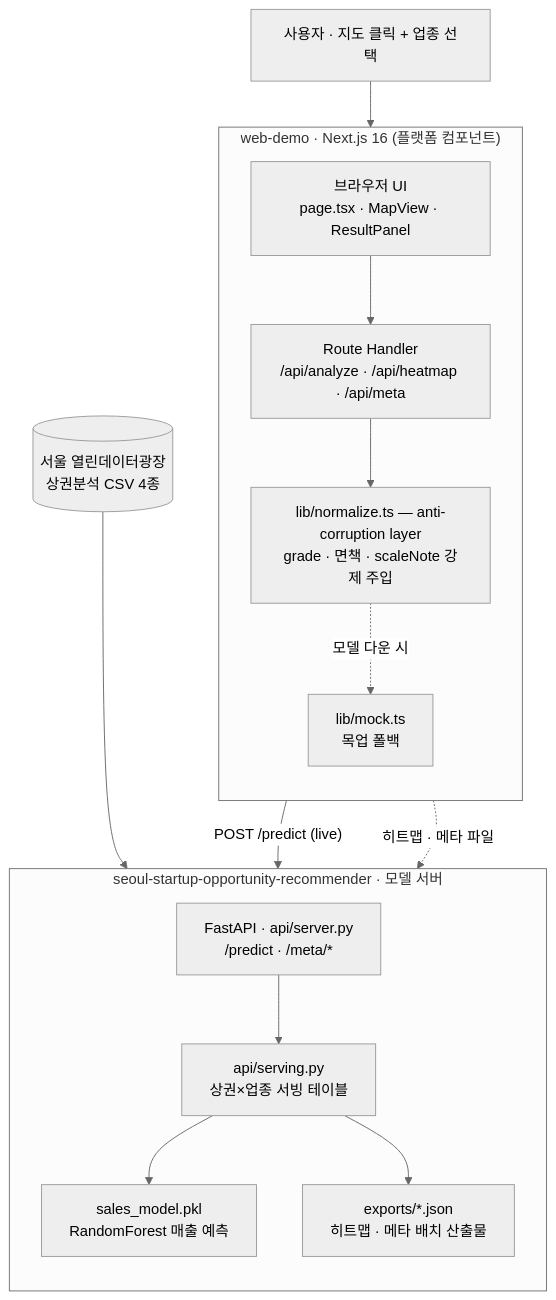
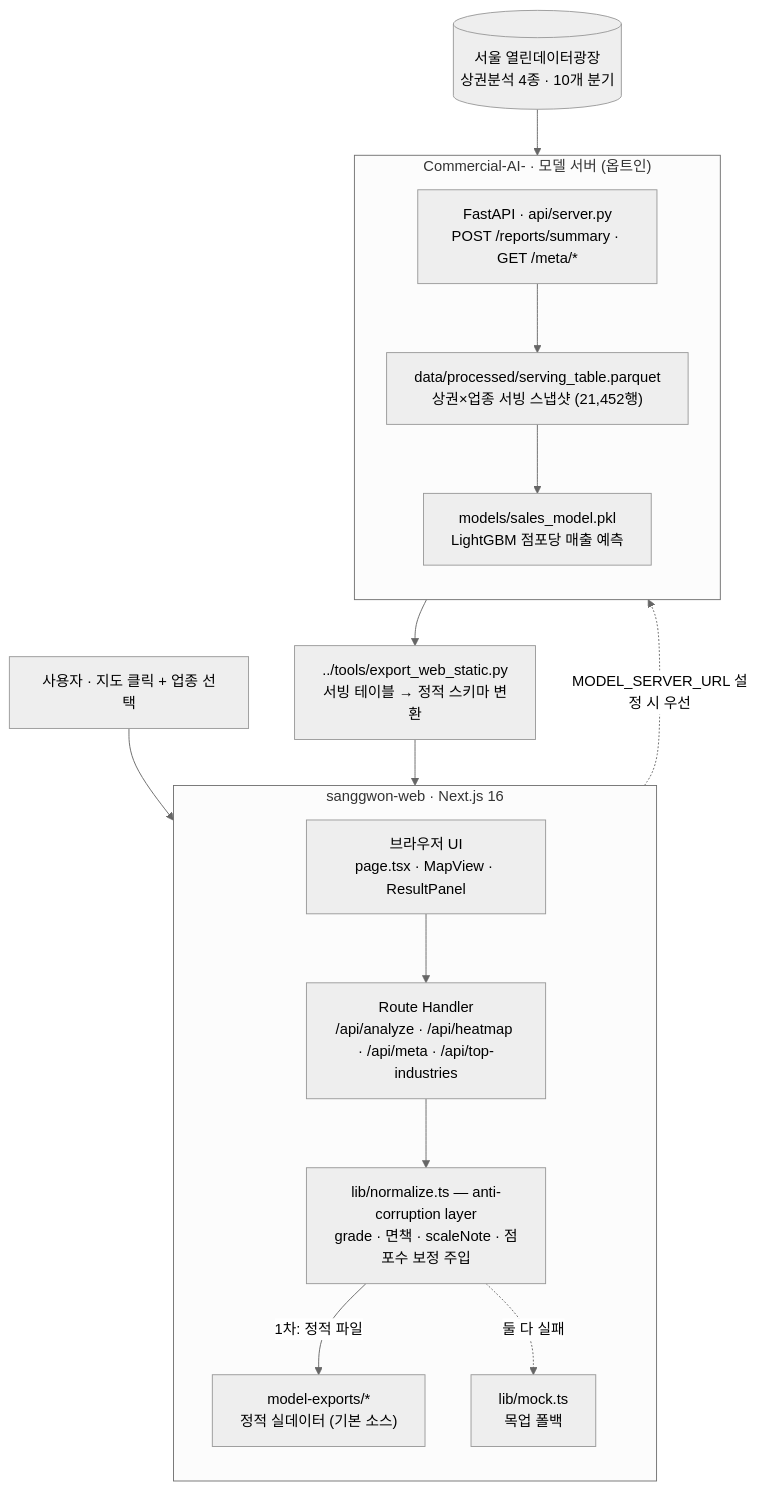
Before and after one commit to Academic-competition/web-demo: the first of 2 diagrams in README.md, drawn with Mermaid (neutral theme). The commit also changed other lines of this file and 136 other files, not shown here.

First line of the commit message:
feat: 실데이터 전환 — Commercial-AI- 기준 정적 산출물 + 생존율 축소추정

````diff
--- a/README.md
+++ b/README.md
@@ -37,30 +48,31 @@
 ```mermaid
 flowchart TB
     User["사용자 · 지도 클릭 + 업종 선택"]
 
-    subgraph WEB["web-demo · Next.js 16 (플랫폼 컴포넌트)"]
+    subgraph WEB["sanggwon-web · Next.js 16"]
         direction TB
         UI["브라우저 UI<br/>page.tsx · MapView · ResultPanel"]
-        RT["Route Handler<br/>/api/analyze · /api/heatmap · /api/meta"]
-        NORM["lib/normalize.ts — anti-corruption layer<br/>grade · 면책 · scaleNote 강제 주입"]
+        RT["Route Handler<br/>/api/analyze · /api/heatmap · /api/meta · /api/top-industries"]
+        NORM["lib/normalize.ts — anti-corruption layer<br/>grade · 면책 · scaleNote · 점포수 보정 주입"]
+        EXP["model-exports/*<br/>정적 실데이터 (기본 소스)"]
         MOCK["lib/mock.ts<br/>목업 폴백"]
     end
 
-    subgraph MODEL["seoul-startup-opportunity-recommender · 모델 서버"]
+    subgraph MODEL["Commercial-AI- · 모델 서버 (옵트인)"]
         direction TB
-        SRV["FastAPI · api/server.py<br/>/predict · /meta/*"]
-        SERV["api/serving.py<br/>상권×업종 서빙 테이블"]
-        PKL["sales_model.pkl<br/>RandomForest 매출 예측"]
-        EXP["exports/*.json<br/>히트맵 · 메타 배치 산출물"]
+        SRV["FastAPI · api/server.py<br/>POST /reports/summary · GET /meta/*"]
+        SERV["data/processed/serving_table.parquet<br/>상권×업종 서빙 스냅샷 (21,452행)"]
+        PKL["models/sales_model.pkl<br/>LightGBM 점포당 매출 예측"]
     end
 
-    CSV[("서울 열린데이터광장<br/>상권분석 CSV 4종")]
+    TOOL["../tools/export_web_static.py<br/>서빙 테이블 → 정적 스키마 변환"]
+    CSV[("서울 열린데이터광장<br/>상권분석 4종 · 10개 분기")]
 
     User --> UI --> RT --> NORM
-    NORM -->|"POST /predict (live)"| SRV
-    NORM -.->|"모델 다운 시"| MOCK
-    RT -.->|"히트맵 · 메타 파일"| EXP
+    NORM -->|"1차: 정적 파일"| EXP
+    NORM -.->|"MODEL_SERVER_URL 설정 시 우선"| SRV
+    NORM -.->|"둘 다 실패"| MOCK
     SRV --> SERV --> PKL
-    SERV --> EXP
     CSV --> SERV
+    SERV --> TOOL --> EXP
 ```
````
